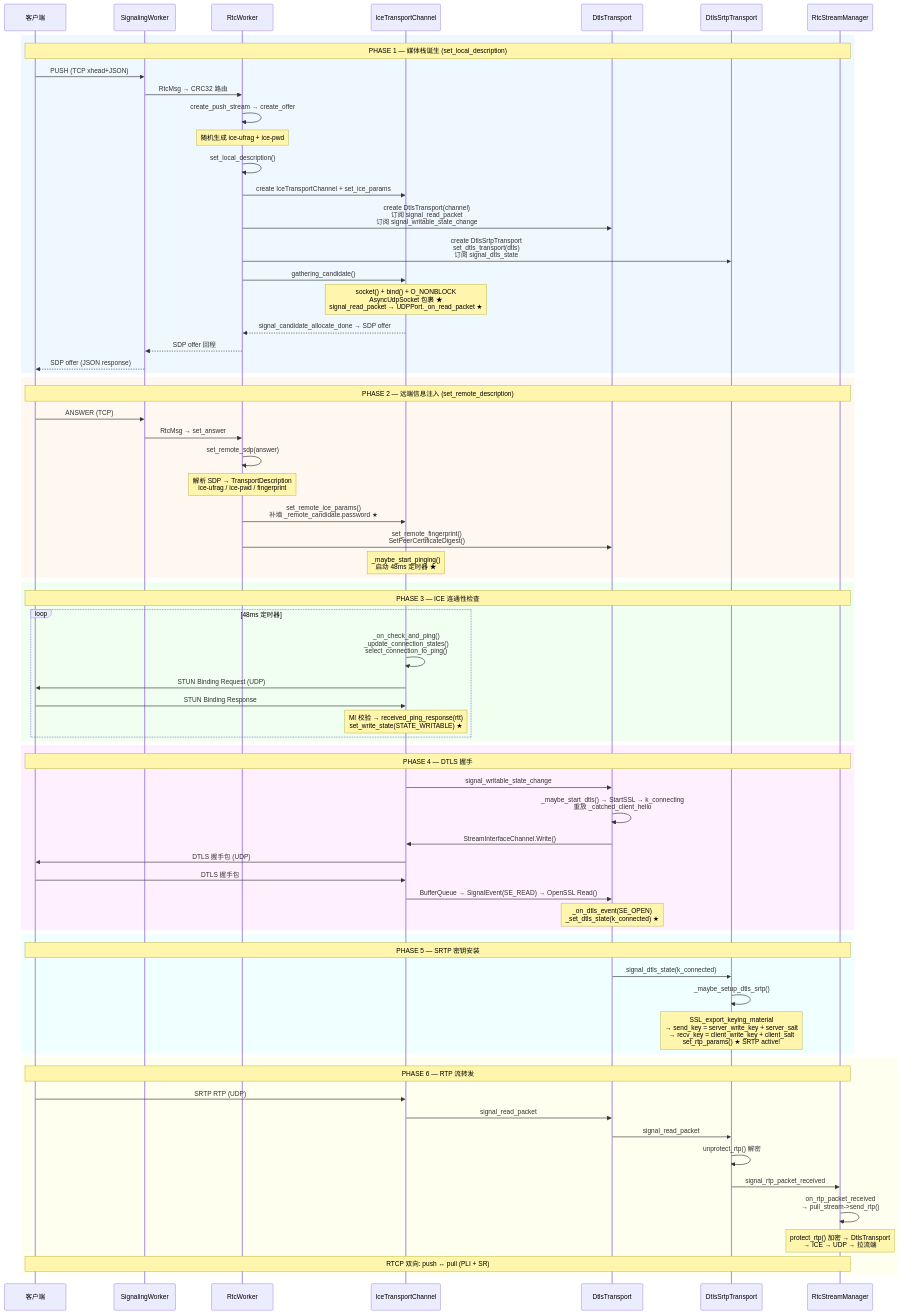
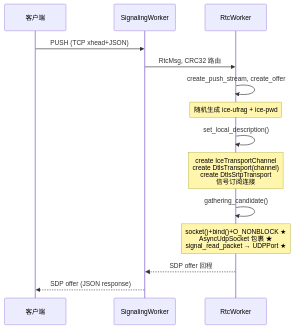
The ninth of 18 diagrams in note/cross-module-deep-dive.md (QlieQueen/xrtc-server), drawn with Mermaid before and after one commit. The commit also changed other lines of this file, not shown here.

Commit message:
doc: §7 大图拆6小图 + §3.3 ice-pwd 两把密码修正
§7: 单张大图拆为6张独立小图, 每Phase只保留相关participant, 字体可读
§3.3: 纠正远端密码不是HMAC key的错误, 改为两把密码+各自消费点, 与§8.1对齐

````diff
--- a/note/cross-module-deep-dive.md
+++ b/note/cross-module-deep-dive.md
@@ -765,83 +770,15 @@
     participant Client as 客户端
     participant Sig as SignalingWorker
     participant Rtc as RtcWorker
-    participant ICE as IceTransportChannel
-    participant DTLS as DtlsTransport
-    participant SRTP as DtlsSrtpTransport
-    participant Mgr as RtcStreamManager
 
-    rect rgb(240, 248, 255)
-        Note over Client, Mgr: PHASE 1 — 媒体栈诞生 (set_local_description)
-
-        Client->>Sig: PUSH (TCP xhead+JSON)
-        Sig->>Rtc: RtcMsg → CRC32 路由
-        Rtc->>Rtc: create_push_stream → create_offer
-        Note over Rtc: 随机生成 ice-ufrag + ice-pwd
-        Rtc->>Rtc: set_local_description()
-        Rtc->>ICE: create IceTransportChannel + set_ice_params
-        Rtc->>DTLS: create DtlsTransport(channel)<br/>订阅 signal_read_packet<br/>订阅 signal_writable_state_change
-        Rtc->>SRTP: create DtlsSrtpTransport<br/>set_dtls_transport(dtls)<br/>订阅 signal_dtls_state
-        Rtc->>ICE: gathering_candidate()
-        Note over ICE: socket() + bind() + O_NONBLOCK<br/>AsyncUdpSocket 包裹 ★<br/>signal_read_packet → UDPPort._on_read_packet ★
-        ICE-->>Rtc: signal_candidate_allocate_done → SDP offer
-        Rtc-->>Sig: SDP offer 回程
-        Sig-->>Client: SDP offer (JSON response)
-    end
-
-    rect rgb(255, 248, 240)
-        Note over Client, Mgr: PHASE 2 — 远端信息注入 (set_remote_description)
-
-        Client->>Sig: ANSWER (TCP)
-        Sig->>Rtc: RtcMsg → set_answer
-        Rtc->>Rtc: set_remote_sdp(answer)
-        Note over Rtc: 解析 SDP → TransportDescription<br/>ice-ufrag / ice-pwd / fingerprint
-        Rtc->>ICE: set_remote_ice_params()<br/>补填 _remote_candidate.password ★
-        Rtc->>DTLS: set_remote_fingerprint()<br/>SetPeerCertificateDigest()
-        Note over ICE: _maybe_start_pinging()<br/>启动 48ms 定时器 ★
-    end
-
-    rect rgb(240, 255, 240)
-        Note over Client, Mgr: PHASE 3 — ICE 连通性检查
-
-        loop 48ms 定时器
-            ICE->>ICE: _on_check_and_ping()<br/>_update_connection_states()<br/>select_connection_to_ping()
-            ICE->>Client: STUN Binding Request (UDP)
-            Client->>ICE: STUN Binding Response
-            Note over ICE: MI 校验 → received_ping_response(rtt)<br/>set_write_state(STATE_WRITABLE) ★
-        end
-    end
-
-    rect rgb(255, 240, 255)
-        Note over Client, Mgr: PHASE 4 — DTLS 握手
-
-        ICE->>DTLS: signal_writable_state_change
-        DTLS->>DTLS: _maybe_start_dtls() → StartSSL → k_connecting<br/>重放 _catched_client_hello
-        DTLS->>ICE: StreamInterfaceChannel.Write()
-        ICE->>Client: DTLS 握手包 (UDP)
-        Client->>ICE: DTLS 握手包
-        ICE->>DTLS: BufferQueue → SignalEvent(SE_READ) → OpenSSL Read()
-        Note over DTLS: _on_dtls_event(SE_OPEN)<br/>_set_dtls_state(k_connected) ★
-    end
-
-    rect rgb(240, 255, 255)
-        Note over Client, Mgr: PHASE 5 — SRTP 密钥安装
-
-        DTLS->>SRTP: signal_dtls_state(k_connected)
-        SRTP->>SRTP: _maybe_setup_dtls_srtp()
-        Note over SRTP: SSL_export_keying_material<br/>→ send_key = server_write_key + server_salt<br/>→ recv_key = client_write_key + client_salt<br/>set_rtp_params() ★ SRTP active!
-    end
-
-    rect rgb(255, 255, 240)
-        Note over Client, Mgr: PHASE 6 — RTP 流转发
-
-        Client->>ICE: SRTP RTP (UDP)
-        ICE->>DTLS: signal_read_packet
-        DTLS->>SRTP: signal_read_packet
-        SRTP->>SRTP: unprotect_rtp() 解密
-        SRTP->>Mgr: signal_rtp_packet_received
-        Mgr->>Mgr: on_rtp_packet_received<br/>→ pull_stream->send_rtp()
-        Note over Mgr: protect_rtp() 加密 → DtlsTransport<br/>→ ICE → UDP → 拉流端
-        Note over Client, Mgr: RTCP 双向: push ↔ pull (PLI + SR)
-    end
-
+    Client->>Sig: PUSH (TCP xhead+JSON)
+    Sig->>Rtc: RtcMsg, CRC32 路由
+    Rtc->>Rtc: create_push_stream, create_offer
+    Note over Rtc: 随机生成 ice-ufrag + ice-pwd
+    Rtc->>Rtc: set_local_description()
+    Note over Rtc: create IceTransportChannel<br/>create DtlsTransport(channel)<br/>create DtlsSrtpTransport<br/>信号订阅连接
+    Rtc->>Rtc: gathering_candidate()
+    Note over Rtc: socket()+bind()+O_NONBLOCK ★<br/>AsyncUdpSocket 包裹 ★<br/>signal_read_packet → UDPPort ★
+    Rtc-->>Sig: SDP offer 回程
+    Sig-->>Client: SDP offer (JSON response)
 ```
````
